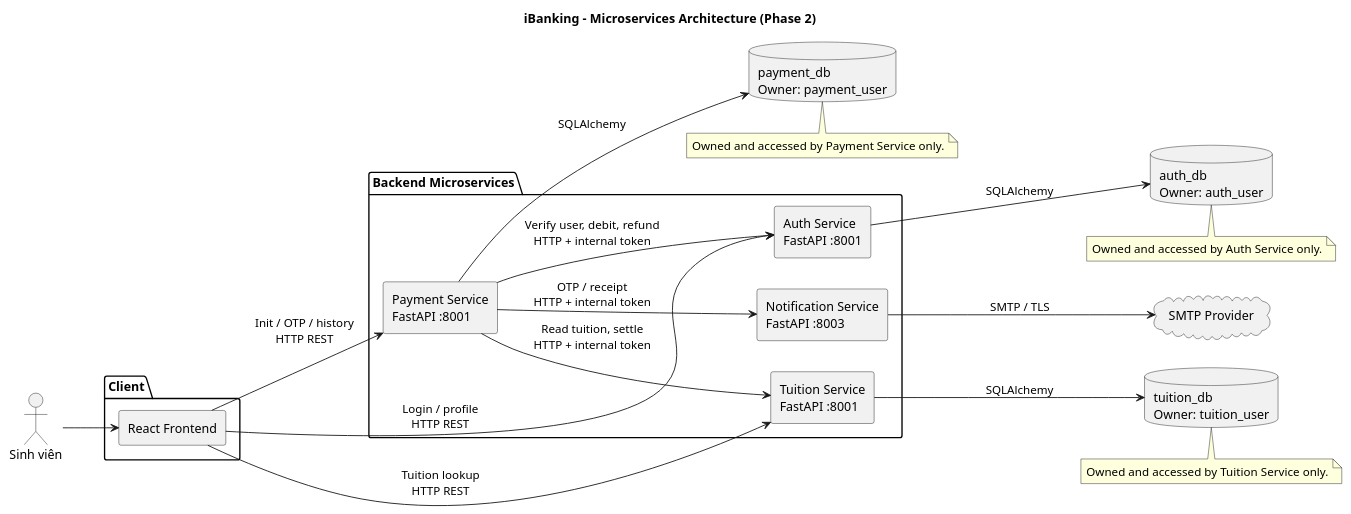
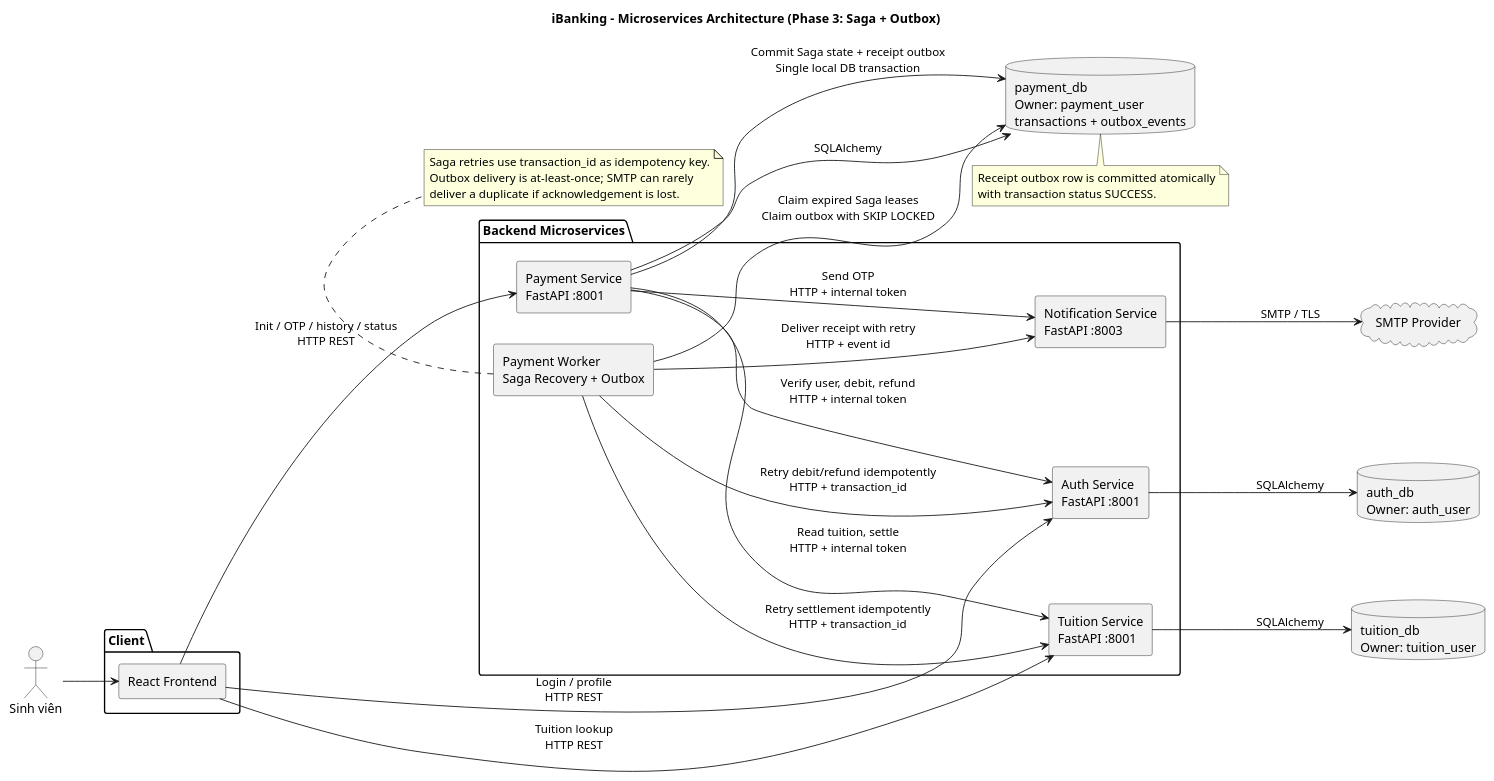
Before and after one commit to LeKhang191/IBankingApp: the diagram in docs/microservices-architecture.puml, drawn with PlantUML. The commit also changed 19 other files, not shown here.

```diff
--- a/docs/microservices-architecture.puml
+++ b/docs/microservices-architecture.puml
@@ -1,45 +1,51 @@
 @startuml
- title iBanking - Microservices Architecture (Phase 2)
+ title iBanking - Microservices Architecture (Phase 3: Saga + Outbox)
  left to right direction
  skinparam componentStyle rectangle
 
  actor "Sinh viên" as Student
 
  package "Client" {
    [React Frontend] as FE
  }
 
  package "Backend Microservices" {
    component "Auth Service\nFastAPI :8001" as Auth
    component "Tuition Service\nFastAPI :8001" as Tuition
    component "Payment Service\nFastAPI :8001" as Payment
+   component "Payment Worker\nSaga Recovery + Outbox" as Worker
    component "Notification Service\nFastAPI :8003" as Notify
  }
 
  database "auth_db\nOwner: auth_user" as AuthDB
  database "tuition_db\nOwner: tuition_user" as TuitionDB
- database "payment_db\nOwner: payment_user" as PaymentDB
+ database "payment_db\nOwner: payment_user\ntransactions + outbox_events" as PaymentDB
  cloud "SMTP Provider" as SMTP
 
  Student --> FE
  FE --> Auth : Login / profile\nHTTP REST
  FE --> Tuition : Tuition lookup\nHTTP REST
- FE --> Payment : Init / OTP / history\nHTTP REST
+ FE --> Payment : Init / OTP / history / status\nHTTP REST
  Payment --> Auth : Verify user, debit, refund\nHTTP + internal token
  Payment --> Tuition : Read tuition, settle\nHTTP + internal token
- Payment --> Notify : OTP / receipt\nHTTP + internal token
+ Payment --> Notify : Send OTP\nHTTP + internal token
+ Payment --> PaymentDB : Commit Saga state + receipt outbox\nSingle local DB transaction
+ Worker --> PaymentDB : Claim expired Saga leases\nClaim outbox with SKIP LOCKED
+ Worker --> Auth : Retry debit/refund idempotently\nHTTP + transaction_id
+ Worker --> Tuition : Retry settlement idempotently\nHTTP + transaction_id
+ Worker --> Notify : Deliver receipt with retry\nHTTP + event id
  Auth --> AuthDB : SQLAlchemy
  Tuition --> TuitionDB : SQLAlchemy
  Payment --> PaymentDB : SQLAlchemy
  Notify --> SMTP : SMTP / TLS
 
- note bottom of AuthDB
-   Owned and accessed by Auth Service only.
+ note bottom of PaymentDB
+   Receipt outbox row is committed atomically
+   with transaction status SUCCESS.
  end note
- note bottom of TuitionDB
-   Owned and accessed by Tuition Service only.
- end note
- note bottom of PaymentDB
-   Owned and accessed by Payment Service only.
+ note bottom of Worker
+   Saga retries use transaction_id as idempotency key.
+   Outbox delivery is at-least-once; SMTP can rarely
+   deliver a duplicate if acknowledgement is lost.
  end note
 @enduml
```
